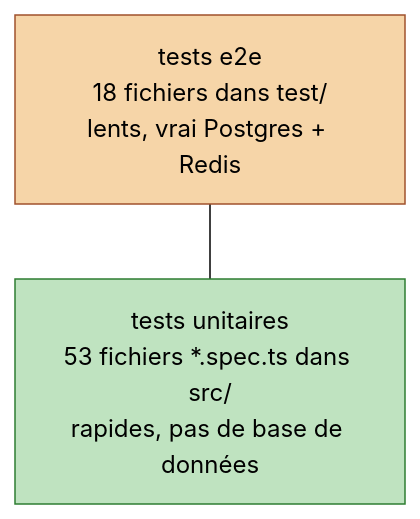
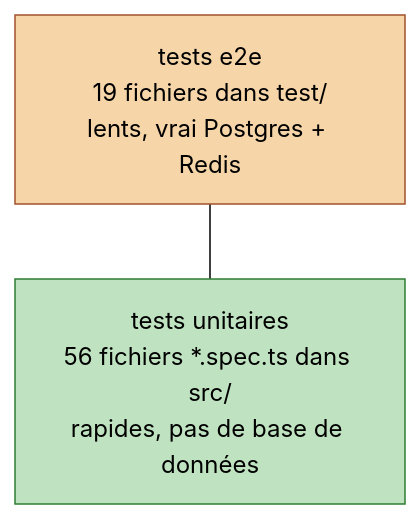
Before and after one commit to VictorBro/ft_transcendence: the first of 4 diagrams in docs-fr/api/10-tests.md, drawn with Mermaid (forest theme). The commit also changed other lines of this file and 223 other files, not shown here.

````diff
--- a/docs-fr/api/10-tests.md
+++ b/docs-fr/api/10-tests.md
@@ -59,8 +59,8 @@
 ```mermaid
 flowchart TB
-    E2E["tests e2e<br/>18 fichiers dans test/<br/>lents, vrai Postgres + Redis"]
-    UNIT["tests unitaires<br/>53 fichiers *.spec.ts dans src/<br/>rapides, pas de base de données"]
+    E2E["tests e2e<br/>19 fichiers dans test/<br/>lents, vrai Postgres + Redis"]
+    UNIT["tests unitaires<br/>56 fichiers *.spec.ts dans src/<br/>rapides, pas de base de données"]
     E2E --- UNIT
     style E2E fill:#f6d5a8,stroke:#a0522d
     style UNIT fill:#bfe3c0,stroke:#2e7d32
 ```
````
